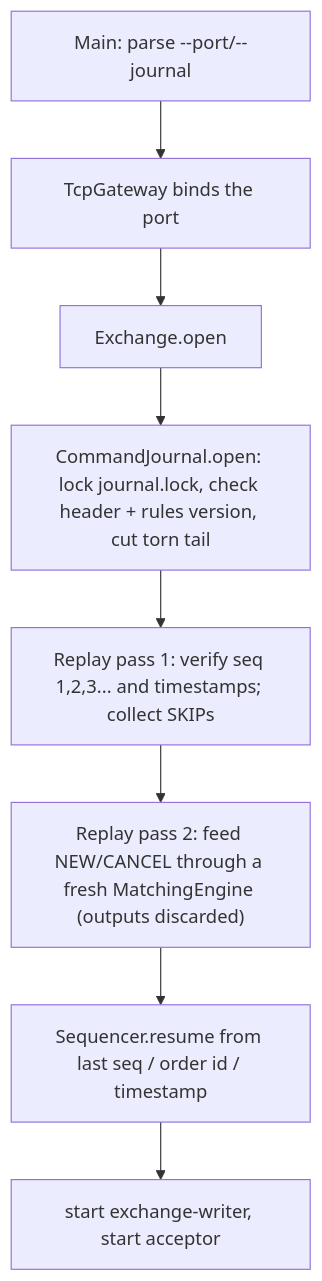
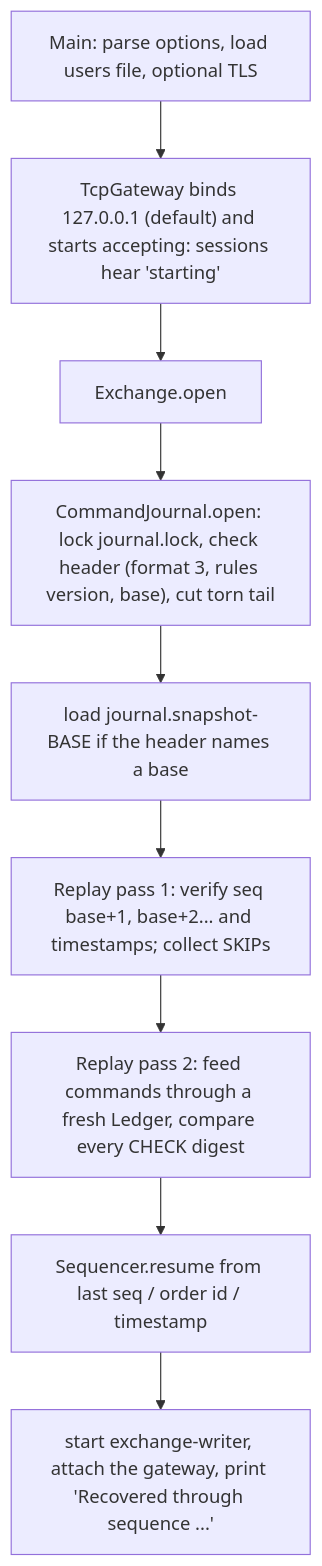
One commit to SampannaNampalli/ExchangeSystem changed the third of 4 diagrams in docs/understanding/01-big-picture.md. Above: the diagram before and after it, drawn with Mermaid. The commit also changed other lines of this file and 30 other files, not shown here.

````diff
--- a/docs/understanding/01-big-picture.md
+++ b/docs/understanding/01-big-picture.md
@@ -181,10 +212,11 @@
 ```mermaid
 flowchart TD
-    M["Main: parse --port/--journal"] --> G["TcpGateway binds the port"]
+    M["Main: parse options, load users file, optional TLS"] --> G["TcpGateway binds 127.0.0.1 (default) and starts accepting: sessions hear 'starting'"]
     G --> O["Exchange.open"]
-    O --> L["CommandJournal.open: lock journal.lock, check header + rules version, cut torn tail"]
-    L --> V["Replay pass 1: verify seq 1,2,3... and timestamps; collect SKIPs"]
-    V --> F["Replay pass 2: feed NEW/CANCEL through a fresh MatchingEngine (outputs discarded)"]
+    O --> L["CommandJournal.open: lock journal.lock, check header (format 3, rules version, base), cut torn tail"]
+    L --> SN["load journal.snapshot-BASE if the header names a base"]
+    SN --> V["Replay pass 1: verify seq base+1, base+2... and timestamps; collect SKIPs"]
+    V --> F["Replay pass 2: feed commands through a fresh Ledger, compare every CHECK digest"]
     F --> S["Sequencer.resume from last seq / order id / timestamp"]
-    S --> T["start exchange-writer, start acceptor"]
+    S --> T["start exchange-writer, attach the gateway, print 'Recovered through sequence ...'"]
 ```
````
